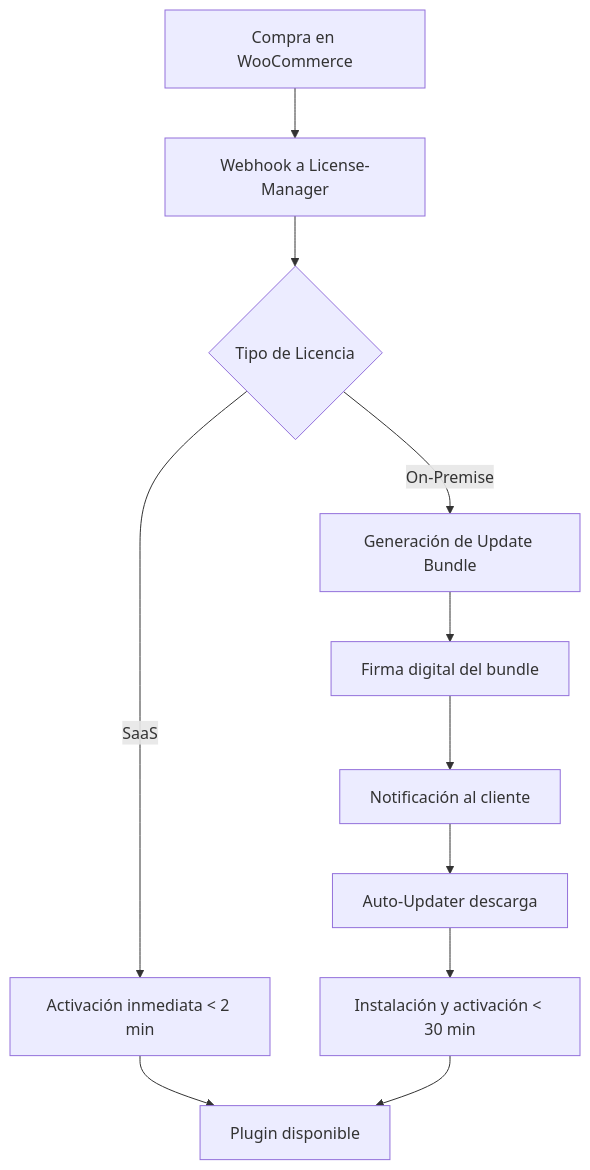
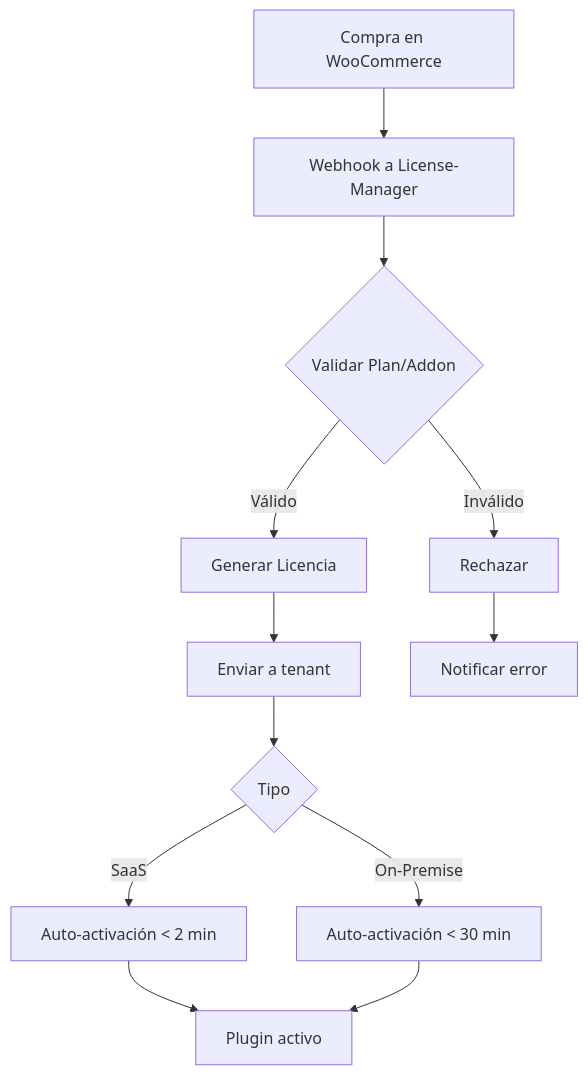
One commit to alonsoarias/lazarus changed the first of 16 diagrams in lazarus-ded_v2.1.md. Above: the diagram before and after it, drawn with Mermaid. The commit also changed other lines of this file, not shown here.

````diff
--- a/lazarus-ded_v2.1.md
+++ b/lazarus-ded_v2.1.md
@@ -545,13 +536,14 @@
 ```mermaid
-graph TD
+flowchart TD
     A[Compra en WooCommerce] --> B[Webhook a License-Manager]
-    B --> C{Tipo de Licencia}
-    C -->|SaaS| D[Activación inmediata < 2 min]
-    C -->|On-Premise| E[Generación de Update Bundle]
-    E --> F[Firma digital del bundle]
-    F --> G[Notificación al cliente]
-    G --> H[Auto-Updater descarga]
-    H --> I[Instalación y activación < 30 min]
-    D --> J[Plugin disponible]
+    B --> C{Validar Plan/Addon}
+    C -->|Válido| D[Generar Licencia]
+    C -->|Inválido| E[Rechazar]
+    D --> F[Enviar a tenant]
+    F --> G{Tipo}
+    G -->|SaaS| H[Auto-activación < 2 min]
+    G -->|On-Premise| I[Auto-activación < 30 min]
+    H --> J[Plugin activo]
     I --> J
+    E --> K[Notificar error]
 ```
````
